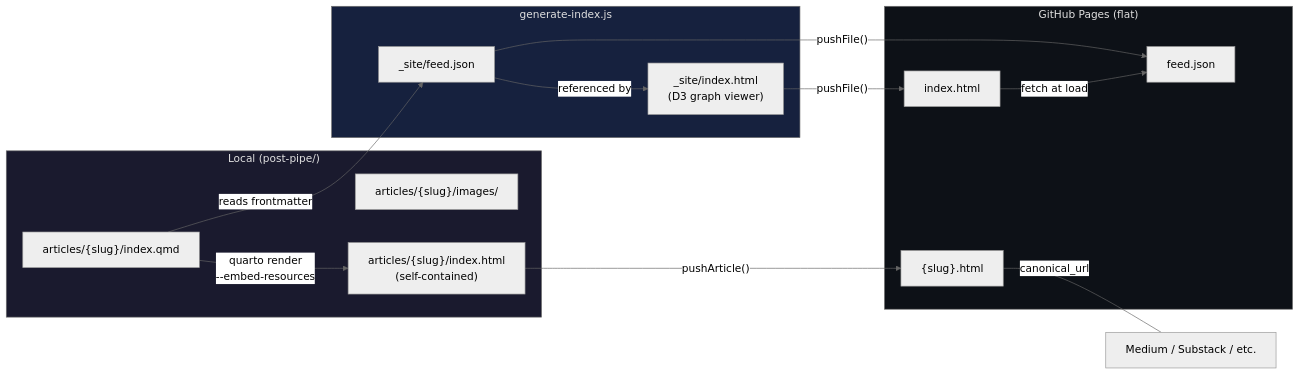
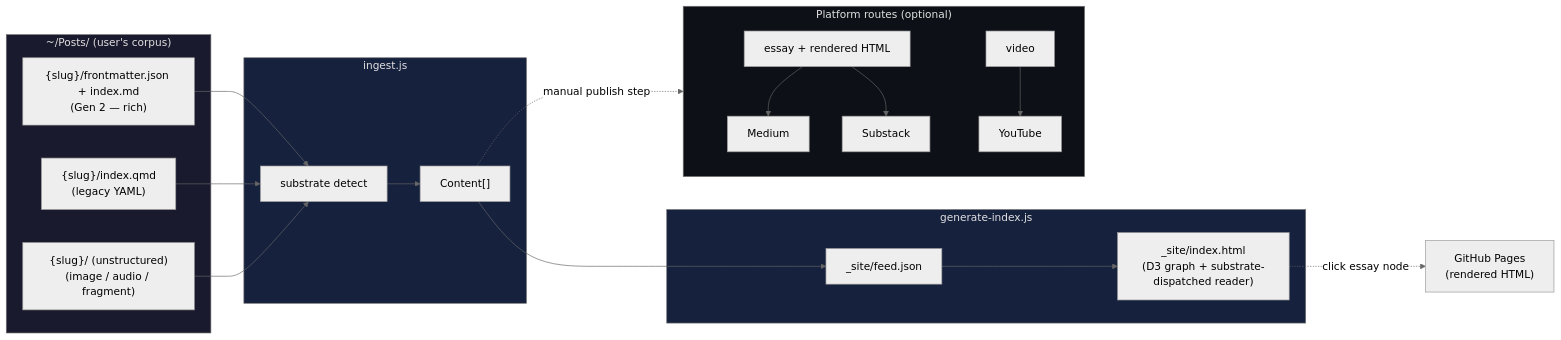
Before and after one commit to halapenyoharry/post-pipe: the diagram in ARCHITECTURE.md, drawn with Mermaid (neutral theme). The commit also changed other lines of this file and 13 other files, not shown here.

First line of the commit message:
Refactor post-pipe into a corpus viewer over ~/Posts

````diff
--- a/ARCHITECTURE.md
+++ b/ARCHITECTURE.md
@@ -11,26 +15,34 @@
 ```mermaid
 flowchart LR
-    subgraph LOCAL["Local (post-pipe/)"]
-        QMD["articles/{slug}/index.qmd"]
-        IMG["articles/{slug}/images/"]
-        QMD -->|"quarto render\n--embed-resources"| HTML["articles/{slug}/index.html\n(self-contained)"]
+    subgraph ROOT["~/Posts/ (user's corpus)"]
+        G2["{slug}/frontmatter.json + index.md\n(Gen 2 — rich)"]
+        G1["{slug}/index.qmd\n(legacy YAML)"]
+        G0["{slug}/ (unstructured)\n(image / audio / fragment)"]
     end
 
-    subgraph GENERATE["generate-index.js"]
-        QMD -->|"reads frontmatter"| FEED["_site/feed.json"]
-        FEED -->|"referenced by"| INDEX["_site/index.html\n(D3 graph viewer)"]
+    subgraph INGEST["ingest.js"]
+        G2 --> SCAN["substrate detect"]
+        G1 --> SCAN
+        G0 --> SCAN
+        SCAN --> CONTENT["Content[]"]
     end
 
-    subgraph GHPAGES["GitHub Pages (flat)"]
-        HTML -->|"pushArticle()"| SLUG["{slug}.html"]
-        INDEX -->|"pushFile()"| GHINDEX["index.html"]
-        FEED -->|"pushFile()"| GHFEED["feed.json"]
+    subgraph BUILD["generate-index.js"]
+        CONTENT --> FEED["_site/feed.json"]
+        FEED --> VIEWER["_site/index.html\n(D3 graph + substrate-dispatched reader)"]
     end
 
-    GHINDEX -->|"fetch at load"| GHFEED
-    SLUG ---|"canonical_url"| PLATFORMS["Medium / Substack / etc."]
+    subgraph ROUTES["Platform routes (optional)"]
+        ESSAY["essay + rendered HTML"] --> MEDIUM["Medium"]
+        ESSAY --> SUBSTACK["Substack"]
+        VIDEO["video"] --> YOUTUBE["YouTube"]
+    end
 
-    style LOCAL fill:#1a1a2e,color:#e0e0e0
-    style GHPAGES fill:#0d1117,color:#e0e0e0
-    style GENERATE fill:#16213e,color:#e0e0e0
+    VIEWER -.->|click essay node| GHPAGES["GitHub Pages\n(rendered HTML)"]
+    CONTENT -.->|"manual publish step"| ROUTES
+
+    style ROOT fill:#1a1a2e,color:#e0e0e0
+    style INGEST fill:#16213e,color:#e0e0e0
+    style BUILD fill:#16213e,color:#e0e0e0
+    style ROUTES fill:#0d1117,color:#e0e0e0
 ```
````
